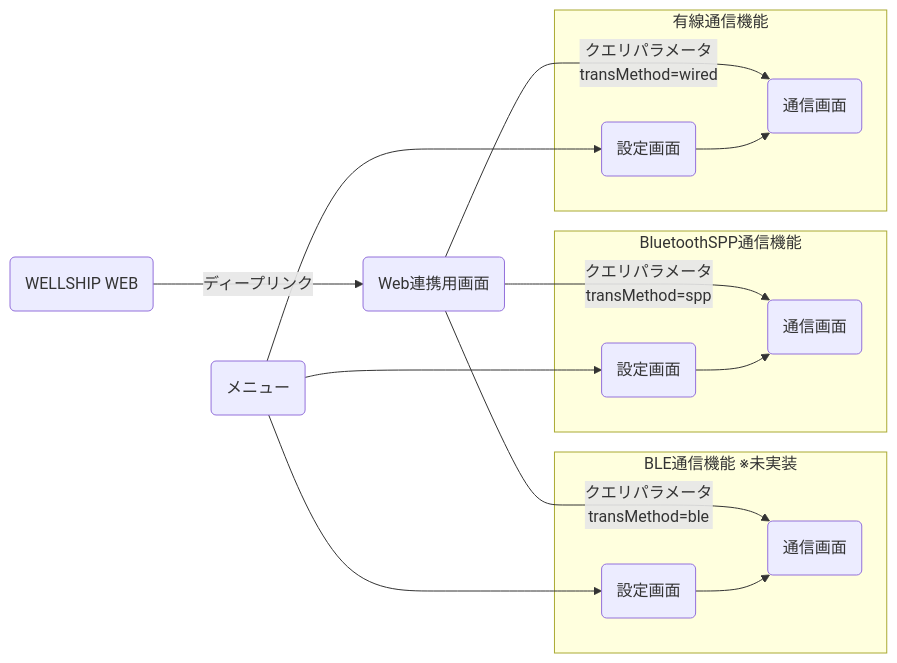
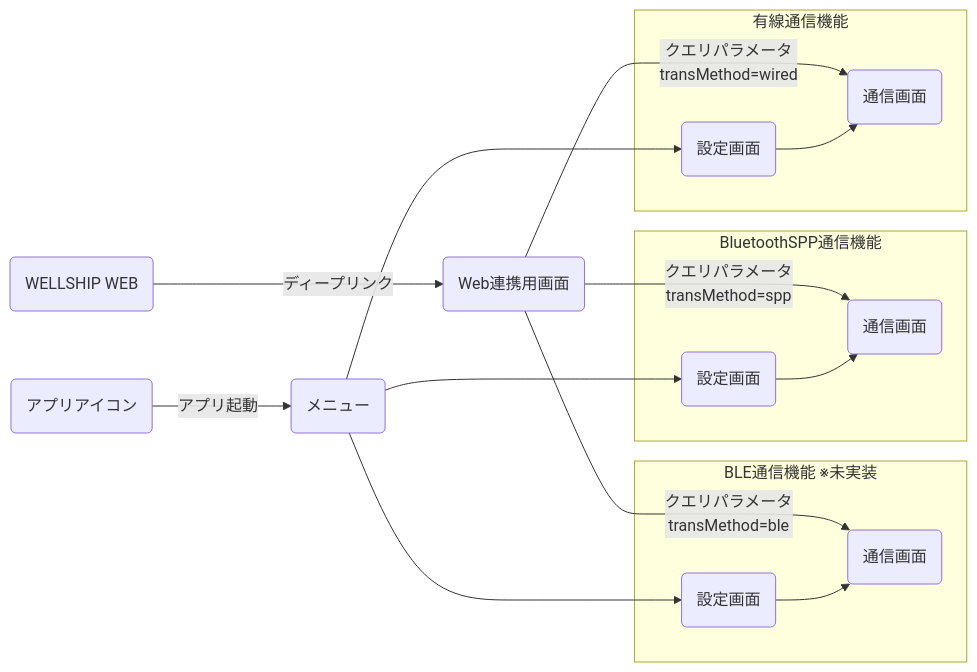
The diagram in Documents/アプリ設計書/src/docs/画面/画面遷移図/画面遷移図.mmd (MrWangpeilin945/FlutterIOS), drawn with Mermaid before and after one commit. The commit also changed 1 other file, not shown here.

```diff
--- a/Documents/アプリ設計書/src/docs/画面/画面遷移図/画面遷移図.mmd
+++ b/Documents/アプリ設計書/src/docs/画面/画面遷移図/画面遷移図.mmd
@@ -1,33 +1,36 @@
 graph LR
 
   web(WELLSHIP WEB)
+  app(アプリアイコン)
   menu(メニュー)
   deep_link(Web連携用画面)
   wire_setting(設定画面)
   wire(通信画面)
   spp_setting(設定画面)
   spp(通信画面)
   ble_setting(設定画面)
   ble(通信画面)
+
+  app-- アプリ起動 -->menu
 
   menu--->wire_setting
   menu--->spp_setting
   menu--->ble_setting
  
   web-- ディープリンク --->deep_link
 
   deep_link-- クエリパラメータ<br/>transMethod=wired --->wire
   deep_link-- クエリパラメータ<br/>transMethod=spp --->spp
   deep_link-- クエリパラメータ<br/>transMethod=ble --->ble
 
   subgraph graph_ble [BLE通信機能 ※未実装]
     ble_setting-->ble
   end
 
   subgraph graph_spp [BluetoothSPP通信機能]
     spp_setting-->spp
   end
 
   subgraph graph_wire [有線通信機能]
     wire_setting-->wire
   end
```
